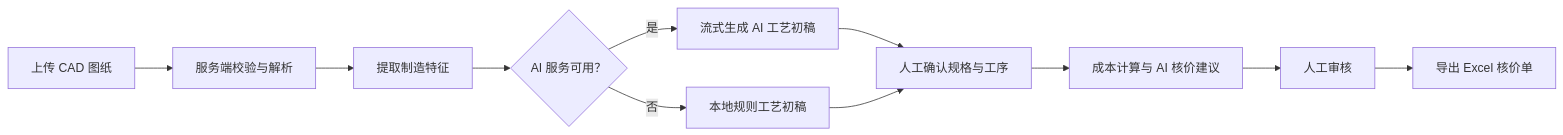
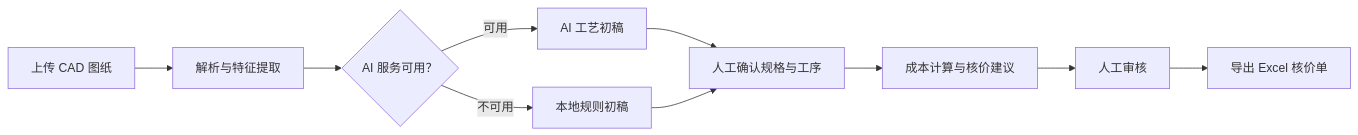
Before and after one commit to dreambet/AI-QuoteSystem: the first of 2 diagrams in README.md, drawn with Mermaid. The commit also changed other lines of this file, not shown here.

````diff
--- a/README.md
+++ b/README.md
@@ -42,13 +40,12 @@
 ```mermaid
 flowchart LR
-    A[上传 CAD 图纸] --> B[服务端校验与解析]
-    B --> C[提取制造特征]
-    C --> D{AI 服务可用？}
-    D -->|是| E[流式生成 AI 工艺初稿]
-    D -->|否| F[本地规则工艺初稿]
-    E --> G[人工确认规格与工序]
-    F --> G
-    G --> H[成本计算与 AI 核价建议]
-    H --> I[人工审核]
-    I --> J[导出 Excel 核价单]
+    A[上传 CAD 图纸] --> B[解析与特征提取]
+    B --> C{AI 服务可用？}
+    C -->|可用| D[AI 工艺初稿]
+    C -->|不可用| E[本地规则初稿]
+    D --> F[人工确认规格与工序]
+    E --> F
+    F --> G[成本计算与核价建议]
+    G --> H[人工审核]
+    H --> I[导出 Excel 核价单]
 ```
````
